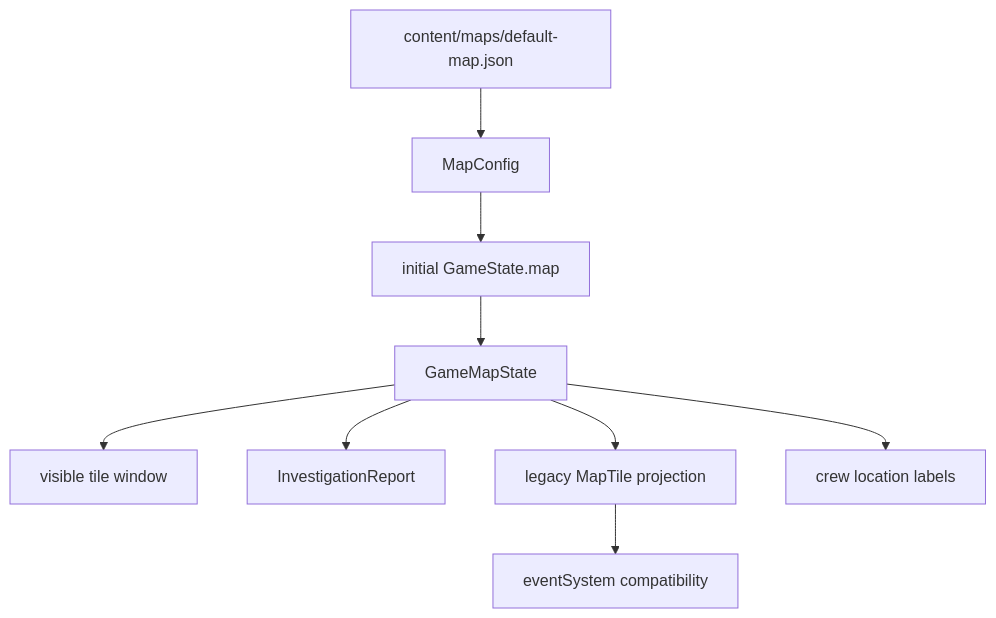
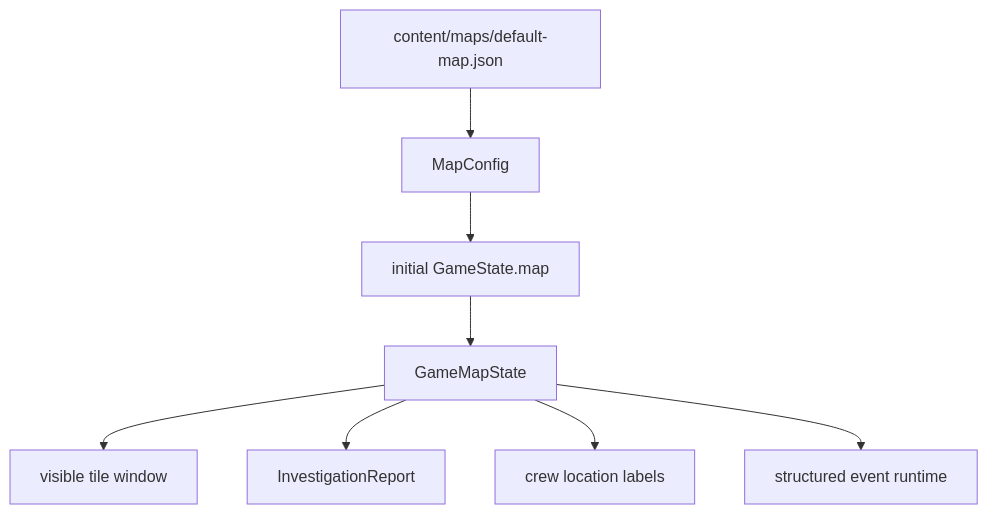
Before and after one commit to Hikaru518/stellar-frontier: the diagram in docs/game_model/map.md, drawn with Mermaid. The commit also changed other lines of this file and 18 other files, not shown here.

First line of the commit message:
feat(game-system-demock): T020 更新正式项目文档

````diff
--- a/docs/game_model/map.md
+++ b/docs/game_model/map.md
@@ -20,11 +20,10 @@
 ```mermaid
 flowchart TD
   MapJson["content/maps/default-map.json"] --> MapConfig["MapConfig"]
   MapConfig --> InitialMap["initial GameState.map"]
   InitialMap --> GameMapState["GameMapState"]
   GameMapState --> VisibleWindow["visible tile window"]
   GameMapState --> InvestigationReport["InvestigationReport"]
-  GameMapState --> LegacyTiles["legacy MapTile projection"]
-  LegacyTiles --> EventCompat["eventSystem compatibility"]
   GameMapState --> CrewLocation["crew location labels"]
+  GameMapState --> EventRuntime["structured event runtime"]
 ```
````
